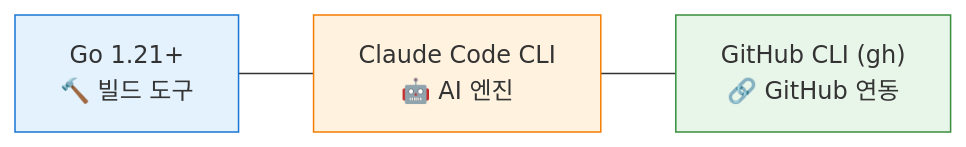
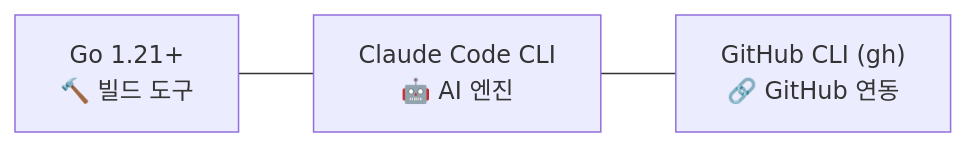
Diagram 12 of 17 in README.md (tykimos/assiharness), drawn with Mermaid before and after one commit. The commit also changed other lines of this file, not shown here.

First line of the commit message:
fix: remove Mermaid style overrides for light/dark theme compatibility

````diff
--- a/README.md
+++ b/README.md
@@ -408,12 +376,9 @@
 ```mermaid
 graph LR
     A["Go 1.21+
     🔨 빌드 도구"] --- B["Claude Code CLI
     🤖 AI 엔진"]
     B --- C["GitHub CLI (gh)
     🔗 GitHub 연동"]
 
-    style A fill:#E3F2FD,stroke:#1976D2
-    style B fill:#FFF3E0,stroke:#F57C00
-    style C fill:#E8F5E9,stroke:#388E3C
 ```
````
